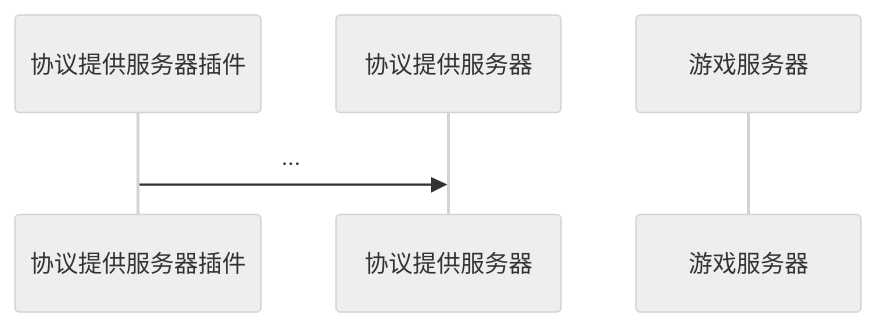
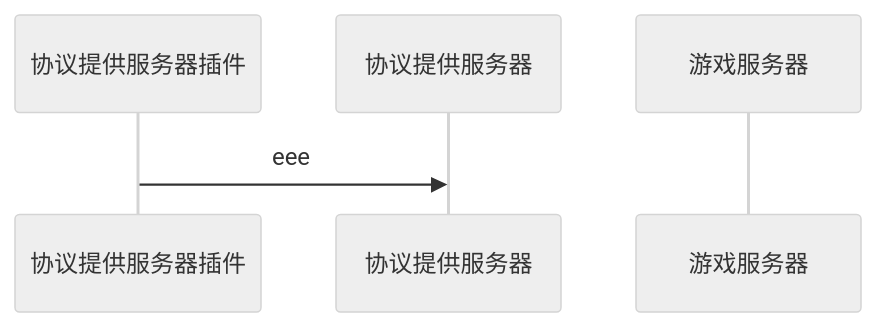
The diagram in builtin/protocol/protocol-server.md (Cdm2883/MineChat-Docs), drawn with Mermaid (neutral theme) before and after one commit. The commit also changed other lines of this file, not shown here.

````diff
--- a/builtin/protocol/protocol-server.md
+++ b/builtin/protocol/protocol-server.md
@@ -7,8 +7,7 @@
 ```mermaid
 sequenceDiagram
     participant plugin as 协议提供服务器插件
     participant protocol_server as 协议提供服务器
     participant server as 游戏服务器
-    
-    plugin ->> protocol_server: ...
+    plugin ->> protocol_server: eee
 ```
````
